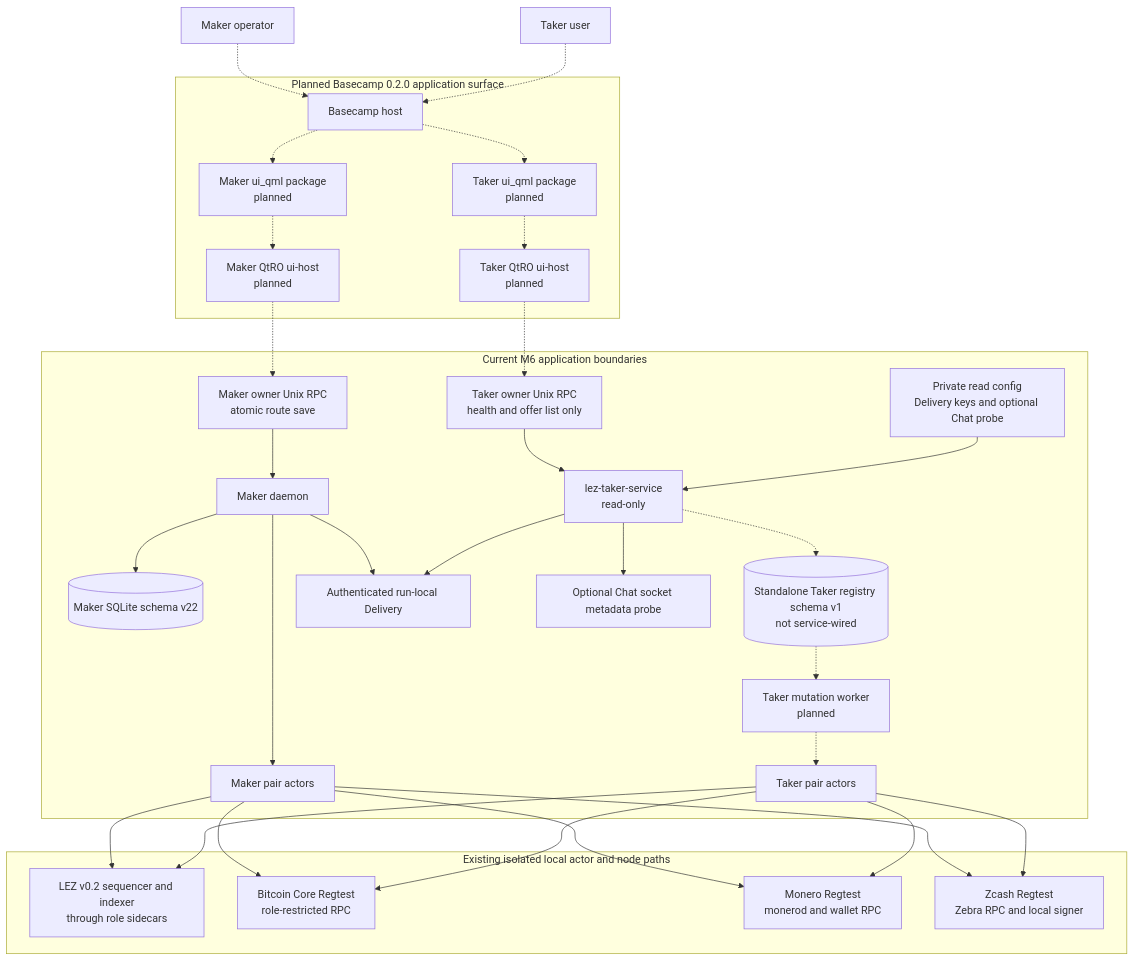
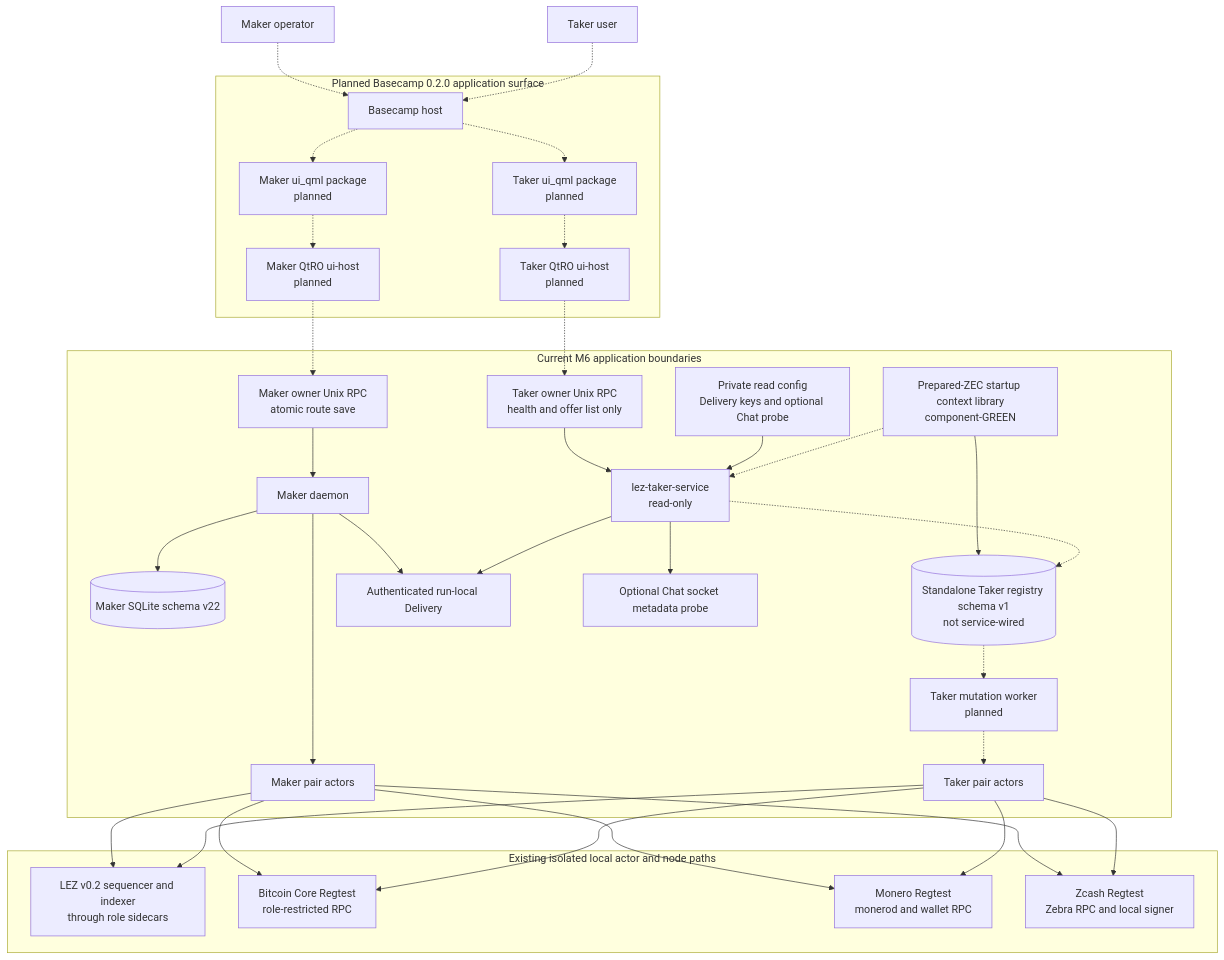
One commit to gateway-fm/lez-atomic-swaps changed the second of 34 diagrams in docs/architecture/system-architecture.md. Above: the diagram before and after it, drawn with Mermaid. The commit also changed other lines of this file and 10 other files, not shown here.

Commit message:
docs(m6): record prepared ZEC authority boundary

````diff
--- a/docs/architecture/system-architecture.md
+++ b/docs/architecture/system-architecture.md
@@ -63,66 +73,69 @@
 ```mermaid
 flowchart TB
     MakerOperator["Maker operator"]
     TakerUser["Taker user"]
 
     subgraph BasecampTarget["Planned Basecamp 0.2.0 application surface"]
         Basecamp["Basecamp host"]
         MakerQml["Maker ui_qml package<br/>planned"]
         TakerQml["Taker ui_qml package<br/>planned"]
         MakerHost["Maker QtRO ui-host<br/>planned"]
         TakerHost["Taker QtRO ui-host<br/>planned"]
     end
 
     subgraph CurrentM6["Current M6 application boundaries"]
         MakerRpc["Maker owner Unix RPC<br/>atomic route save"]
         MakerDaemon["Maker daemon"]
         MakerDb[("Maker SQLite schema v22")]
         TakerSocket["Taker owner Unix RPC<br/>health and offer list only"]
         TakerService["lez-taker-service<br/>read-only"]
         TakerConfig["Private read config<br/>Delivery keys and optional Chat probe"]
+        PreparedConfig["Prepared-ZEC startup context library<br/>component-GREEN"]
         Registry[("Standalone Taker registry schema v1<br/>not service-wired")]
         Worker["Taker mutation worker<br/>planned"]
         Delivery["Authenticated run-local Delivery"]
         ChatProbe["Optional Chat socket metadata probe"]
         MakerActors["Maker pair actors"]
         TakerActors["Taker pair actors"]
     end
 
     subgraph LocalChains["Existing isolated local actor and node paths"]
         Lez["LEZ v0.2 sequencer and indexer<br/>through role sidecars"]
         Bitcoin["Bitcoin Core Regtest<br/>role-restricted RPC"]
         Monero["Monero Regtest<br/>monerod and wallet RPC"]
         Zcash["Zcash Regtest<br/>Zebra RPC and local signer"]
     end
 
     MakerOperator -.-> Basecamp
     TakerUser -.-> Basecamp
     Basecamp -.-> MakerQml
     Basecamp -.-> TakerQml
     MakerQml -.-> MakerHost
     TakerQml -.-> TakerHost
     MakerHost -.-> MakerRpc
     TakerHost -.-> TakerSocket
 
     MakerRpc --> MakerDaemon
     MakerDaemon --> MakerDb
     MakerDaemon --> Delivery
     MakerDaemon --> MakerActors
 
     TakerSocket --> TakerService
     TakerConfig --> TakerService
+    PreparedConfig -.-> TakerService
+    PreparedConfig --> Registry
     TakerService --> Delivery
     TakerService --> ChatProbe
     TakerService -.-> Registry
     Registry -.-> Worker
     Worker -.-> TakerActors
 
     MakerActors --> Lez
     MakerActors --> Bitcoin
     MakerActors --> Monero
     MakerActors --> Zcash
     TakerActors --> Lez
     TakerActors --> Bitcoin
     TakerActors --> Monero
     TakerActors --> Zcash
 ```
````
